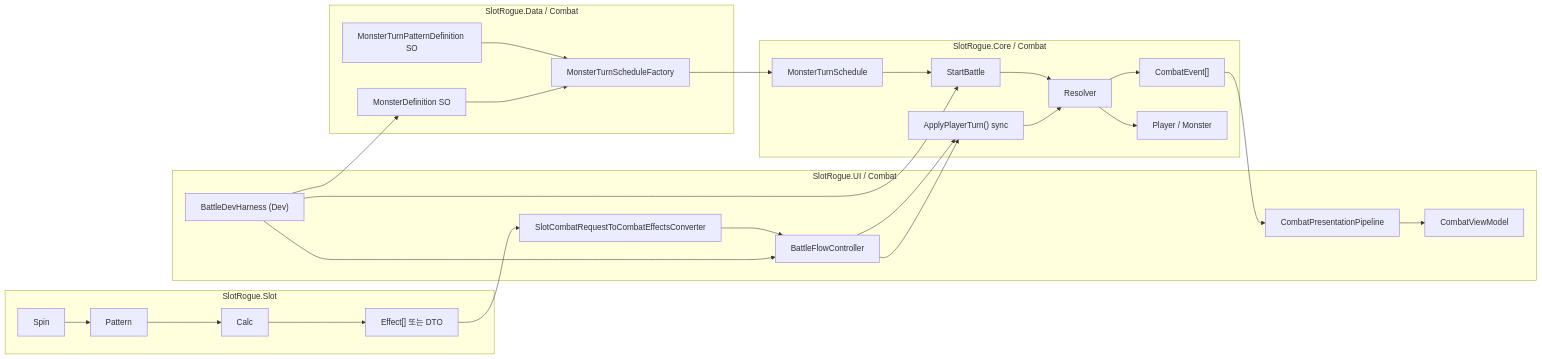
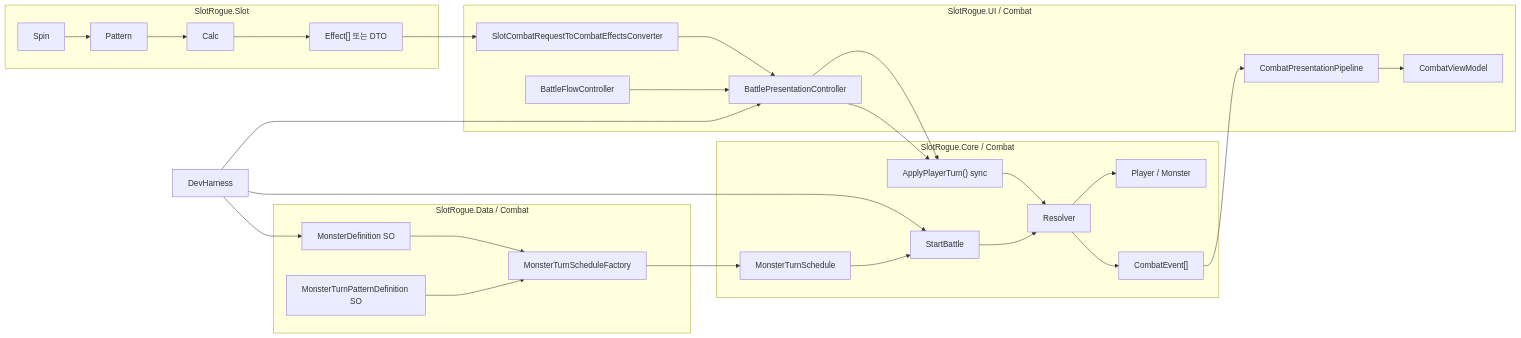
Before and after one commit to YooKyubin/SlotRogue: the fourth of 5 diagrams in docs/design-docs/combat-core.md, drawn with Mermaid. The commit also changed other lines of this file and 448 other files, not shown here.

````diff
--- a/docs/design-docs/combat-core.md
+++ b/docs/design-docs/combat-core.md
@@ -155,42 +155,43 @@
 ```mermaid
 flowchart LR
     subgraph Slot["SlotRogue.Slot"]
         Spin --> Pattern --> Calc --> Build["Effect[] 또는 DTO"]
     end
 
     subgraph Data["SlotRogue.Data / Combat"]
         MonsterSO["MonsterDefinition SO"]
         PatternSO["MonsterTurnPatternDefinition SO"]
         Factory["MonsterTurnScheduleFactory"]
         PatternSO --> Factory
         MonsterSO --> Factory
     end
 
     subgraph Integration["SlotRogue.UI / Combat"]
         Adapt["SlotCombatRequestToCombatEffectsConverter"]
-        Flow["BattleFlowController"]
+        Flow["BattlePresentationController"]
         Pipe["CombatPresentationPipeline"]
         VM["CombatViewModel"]
-        DevHarness["BattleDevHarness (Dev)"]
+        BattleFlow["BattleFlowController"]
     end
 
     subgraph Combat["SlotRogue.Core / Combat"]
         Schedule["MonsterTurnSchedule"]
         StartBattle --> Resolver
         Factory --> Schedule
         Schedule --> StartBattle
         Adapt --> Flow
         Flow --> Apply["ApplyPlayerTurn() sync"]
         Apply --> Resolver
         Resolver --> Events["CombatEvent[]"]
         Resolver --> Participant["Player / Monster"]
         Events --> Pipe
         Pipe --> VM
+        BattleFlow --> Flow
     end
 
     Build --> Adapt
     Flow --> Apply
     DevHarness --> MonsterSO
     DevHarness --> StartBattle
     DevHarness --> Flow
 ```
````
